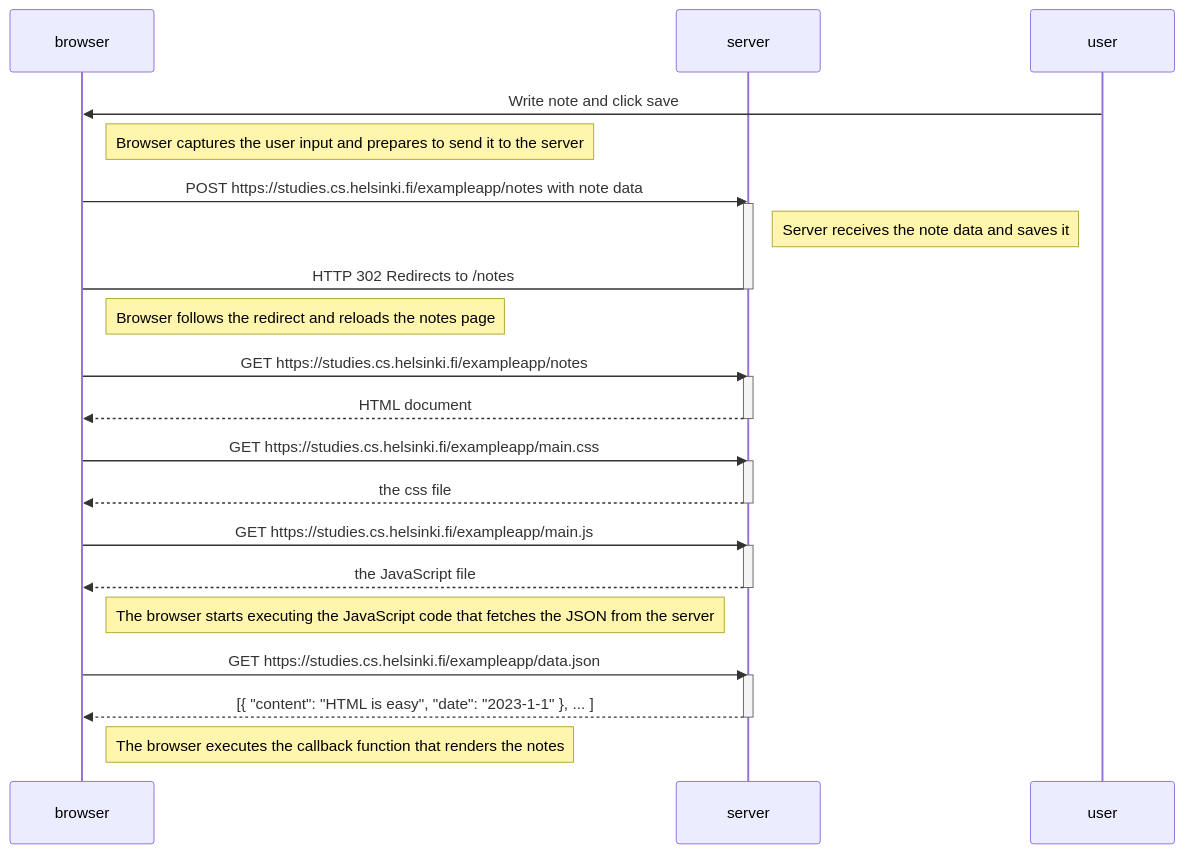
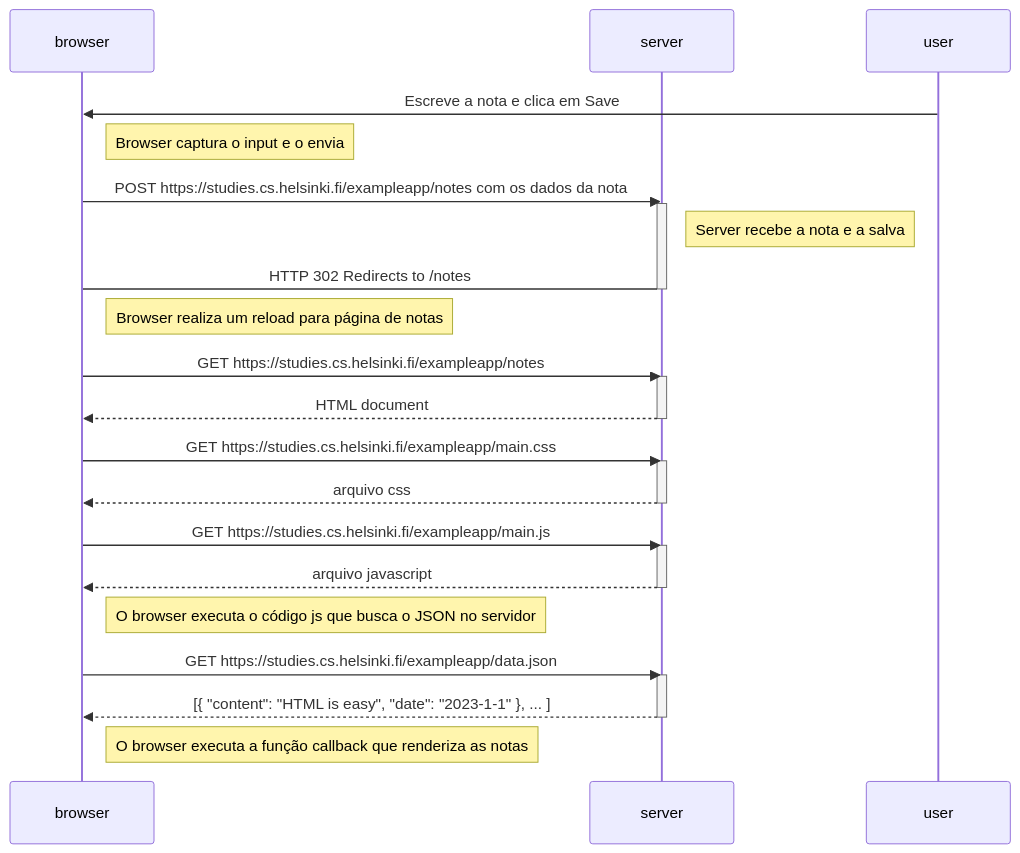
One commit to ArthurDetomi/course changed the diagram in part0/NewNoteDiagram.md. Above: the diagram before and after it, drawn with Mermaid. The commit also changed 5 other files, not shown here.

Commit message:
release: Update diagram

````diff
--- a/part0/NewNoteDiagram.md
+++ b/part0/NewNoteDiagram.md
@@ -1,45 +1,45 @@
 ```mermaid
 
 
 sequenceDiagram
     participant browser
     participant server
     participant user
 
-    user->>browser: Write note and click save
-    Note right of browser: Browser captures the user input and prepares to send it to the server
+    user->>browser: Escreve a nota e clica em Save
+    Note right of browser: Browser captura o input e o envia
 
 
-    browser->>server: POST https://studies.cs.helsinki.fi/exampleapp/notes with note data
+    browser->>server: POST https://studies.cs.helsinki.fi/exampleapp/notes com os dados da nota
 
     activate server
-    Note right of server: Server receives the note data and saves it
+    Note right of server: Server recebe a nota e a salva
     server->browser: HTTP 302 Redirects to /notes
     deactivate server
 
-    Note right of browser: Browser follows the redirect and reloads the notes page
+    Note right of browser: Browser realiza um reload para página de notas
 
     browser->>server: GET https://studies.cs.helsinki.fi/exampleapp/notes
     activate server
     server-->>browser: HTML document
     deactivate server
 
     browser->>server: GET https://studies.cs.helsinki.fi/exampleapp/main.css
     activate server
-    server-->>browser: the css file
+    server-->>browser: arquivo css
     deactivate server
 
     browser->>server: GET https://studies.cs.helsinki.fi/exampleapp/main.js
     activate server
-    server-->>browser: the JavaScript file
+    server-->>browser: arquivo javascript
     deactivate server
 
-    Note right of browser: The browser starts executing the JavaScript code that fetches the JSON from the server
+    Note right of browser: O browser executa o código js que busca o JSON no servidor
 
     browser->>server: GET https://studies.cs.helsinki.fi/exampleapp/data.json
     activate server
     server-->>browser: [{ "content": "HTML is easy", "date": "2023-1-1" }, ... ]
     deactivate server
 
-    Note right of browser: The browser executes the callback function that renders the notes
+    Note right of browser: O browser executa a função callback que renderiza as notas
 ```
````
